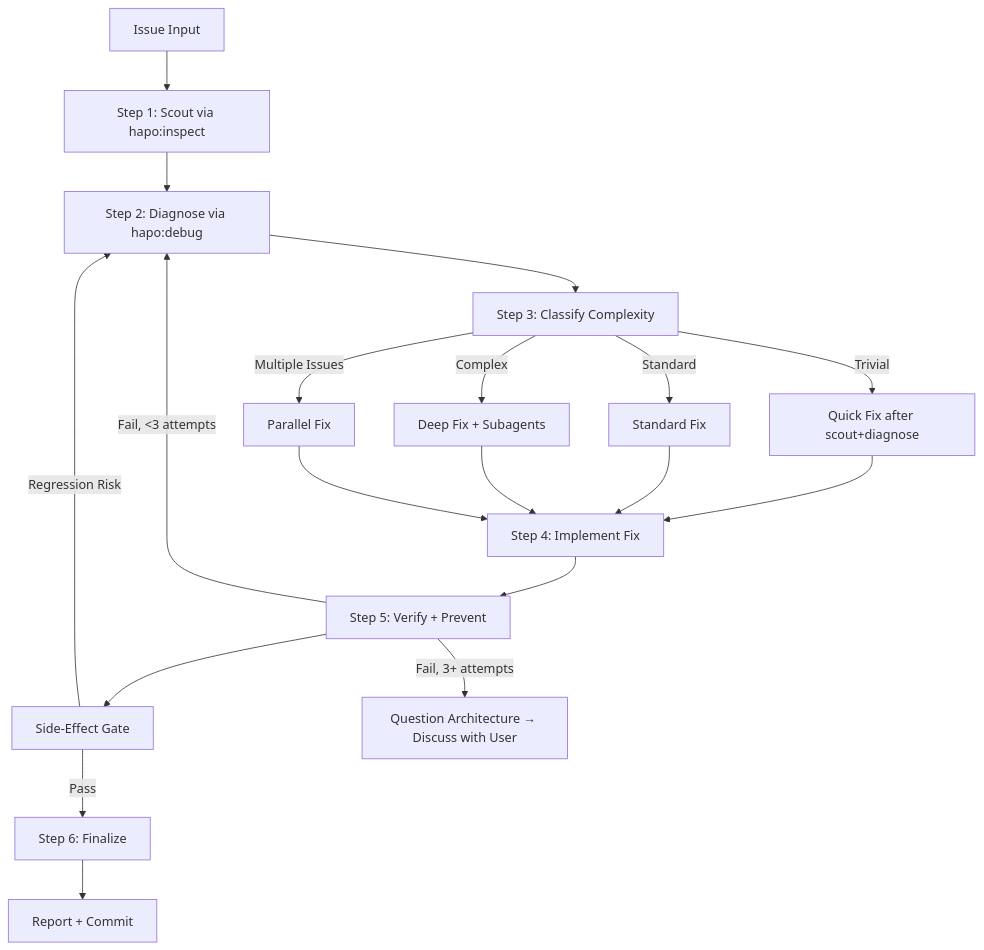
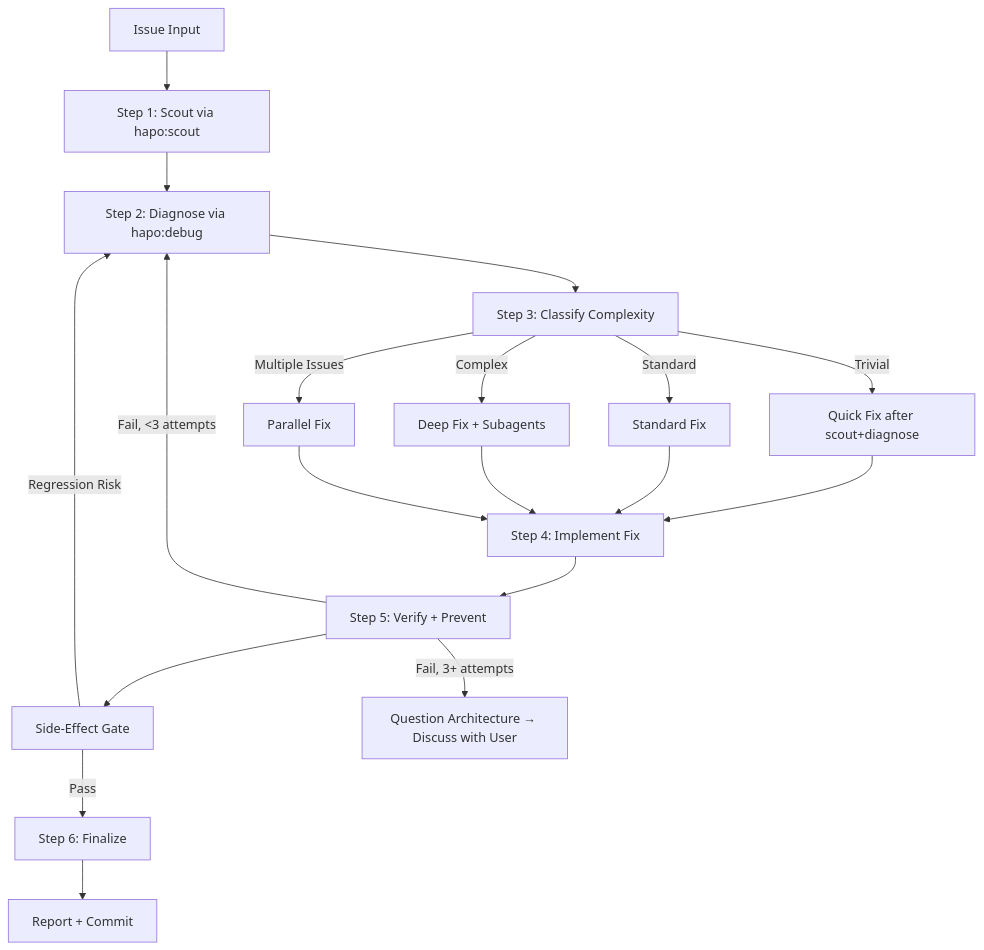
The diagram in packages/spec/src/claude/skills/hotfix/SKILL.md (hapo-nghialuu/antigravity-kit), drawn with Mermaid before and after one commit. The commit also changed other lines of this file and 36 other files, not shown here.

````diff
--- a/packages/spec/src/claude/skills/hotfix/SKILL.md
+++ b/packages/spec/src/claude/skills/hotfix/SKILL.md
@@ -76,21 +76,21 @@
 ```mermaid
 flowchart TD
-    A[Issue Input] --> B[Step 1: Scout via hapo:inspect]
+    A[Issue Input] --> B[Step 1: Scout via hapo:scout]
     B --> C[Step 2: Diagnose via hapo:debug]
     C --> D[Step 3: Classify Complexity]
     D -->|Trivial| E[Quick Fix after scout+diagnose]
     D -->|Standard| F[Standard Fix]
     D -->|Complex| G[Deep Fix + Subagents]
     D -->|Multiple Issues| H[Parallel Fix]
     E --> I[Step 4: Implement Fix]
     F --> I
     G --> I
     H --> I
     I --> J[Step 5: Verify + Prevent]
     J --> N[Side-Effect Gate]
     N -->|Pass| K[Step 6: Finalize]
     N -->|Regression Risk| C
     J -->|Fail, <3 attempts| C
     J -->|Fail, 3+ attempts| L[Question Architecture → Discuss with User]
     K --> M[Report + Commit]
 ```
````
